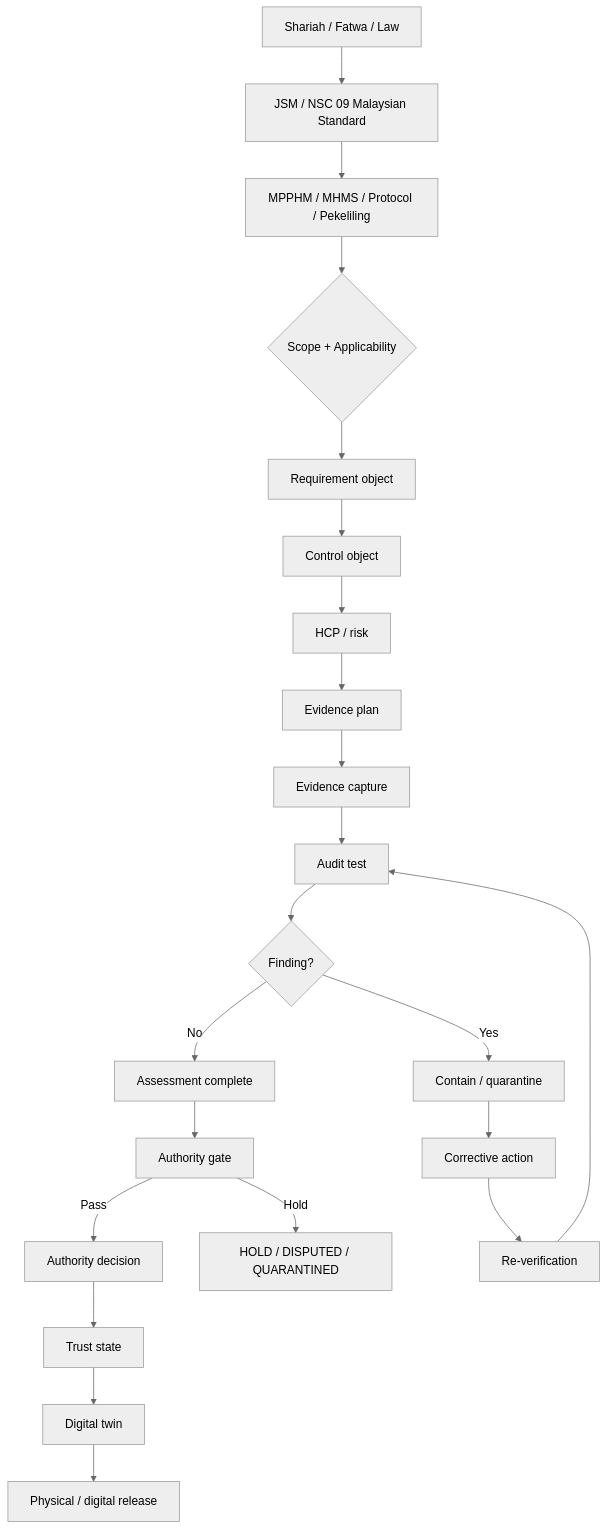
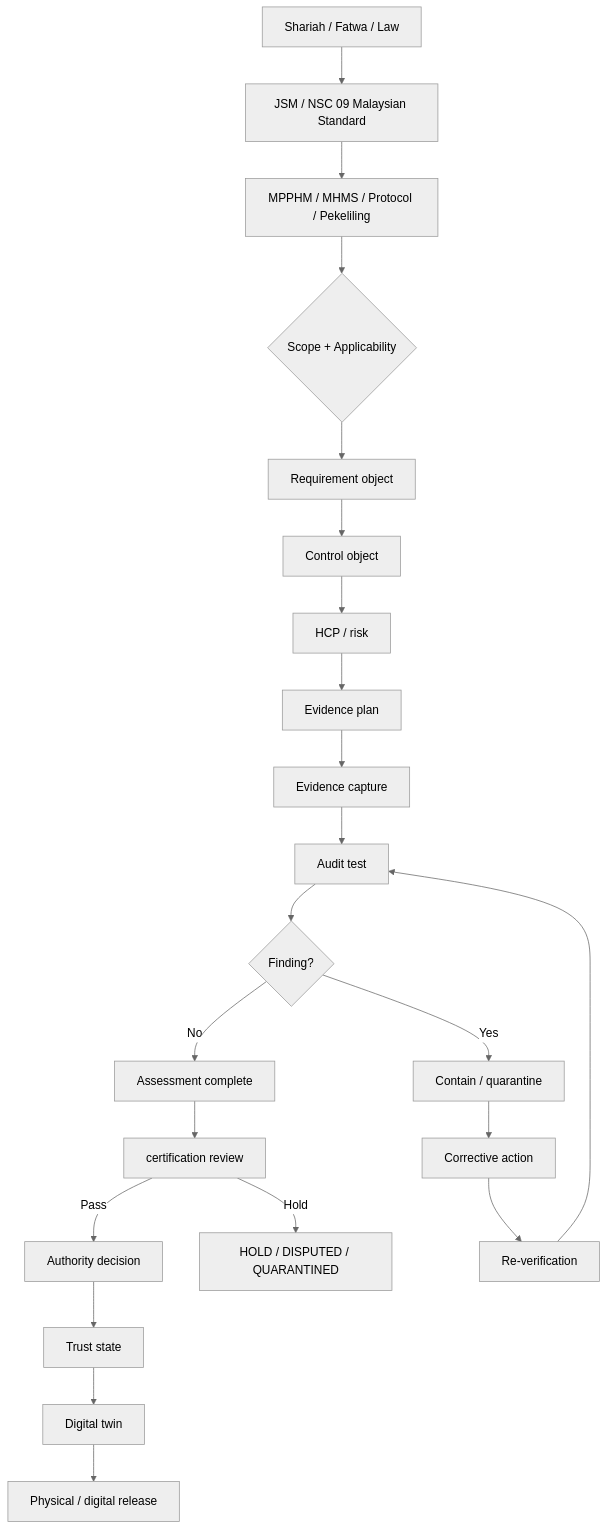
The second of 15 diagrams in master-standards-stack/process-flow-infographics/AHTE_HD_VISUAL_ATLAS.md (mavericken777/GlobalHalalDigitalTrust), drawn with Mermaid (neutral theme) before and after one commit. The commit also changed other lines of this file and 153 other files, not shown here.

Commit message:
Revamp current ecosystem architecture and remove retired project gates

````diff
--- a/master-standards-stack/process-flow-infographics/AHTE_HD_VISUAL_ATLAS.md
+++ b/master-standards-stack/process-flow-infographics/AHTE_HD_VISUAL_ATLAS.md
@@ -41,24 +39,24 @@
 ```mermaid
 flowchart TD
     A[Shariah / Fatwa / Law] --> B[JSM / NSC 09 Malaysian Standard]
     B --> C[MPPHM / MHMS / Protocol / Pekeliling]
     C --> D{Scope + Applicability}
     D --> E[Requirement object]
     E --> F[Control object]
     F --> G[HCP / risk]
     G --> H[Evidence plan]
     H --> I[Evidence capture]
     I --> J[Audit test]
     J --> K{Finding?}
     K -->|No| L[Assessment complete]
     K -->|Yes| M[Contain / quarantine]
     M --> N[Corrective action]
     N --> O[Re-verification]
     O --> J
-    L --> P[Authority gate]
+    L --> P[certification review]
     P -->|Pass| Q[Authority decision]
     P -->|Hold| R[HOLD / DISPUTED / QUARANTINED]
     Q --> S[Trust state]
     S --> T[Digital twin]
     T --> U[Physical / digital release]
 ```
````
